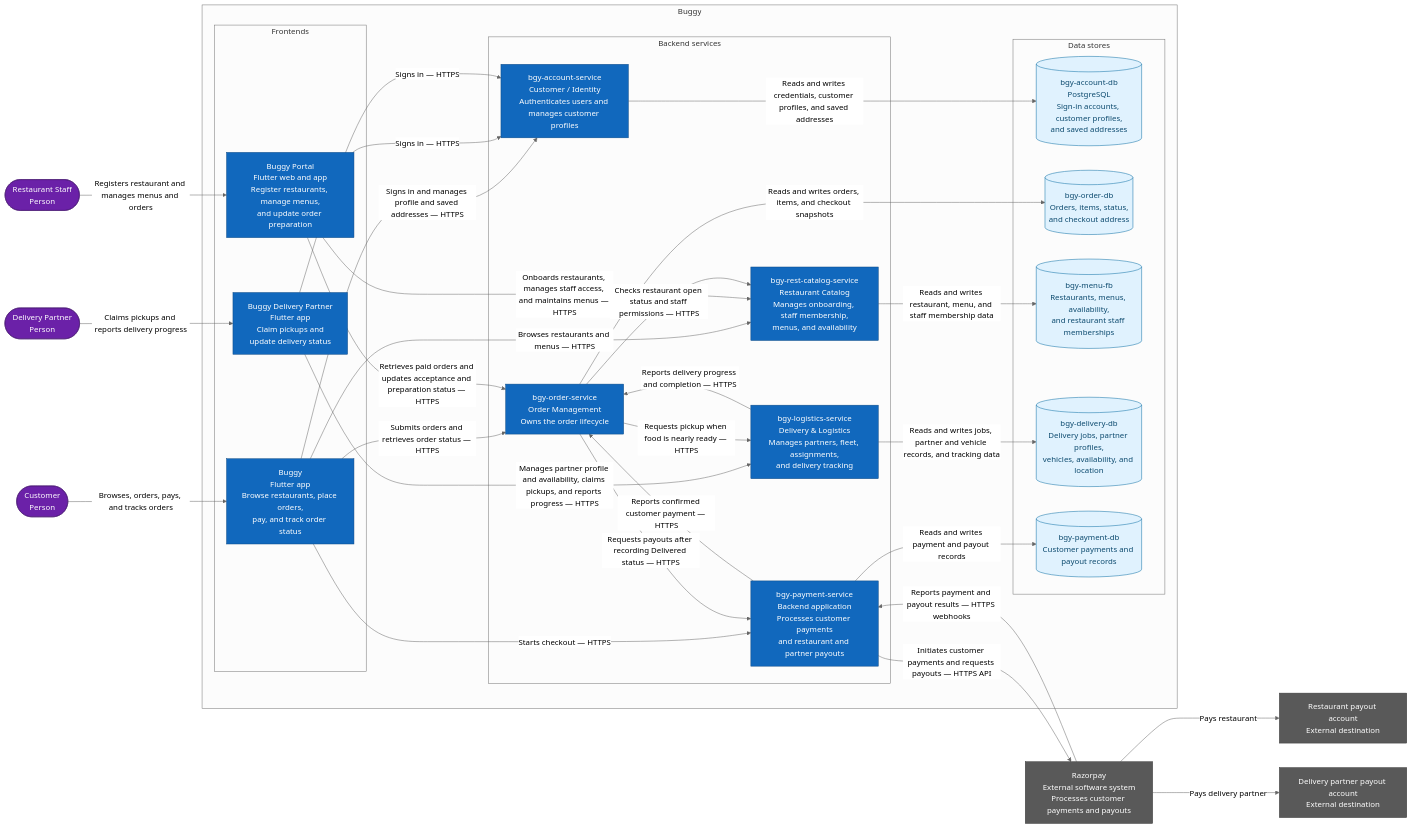
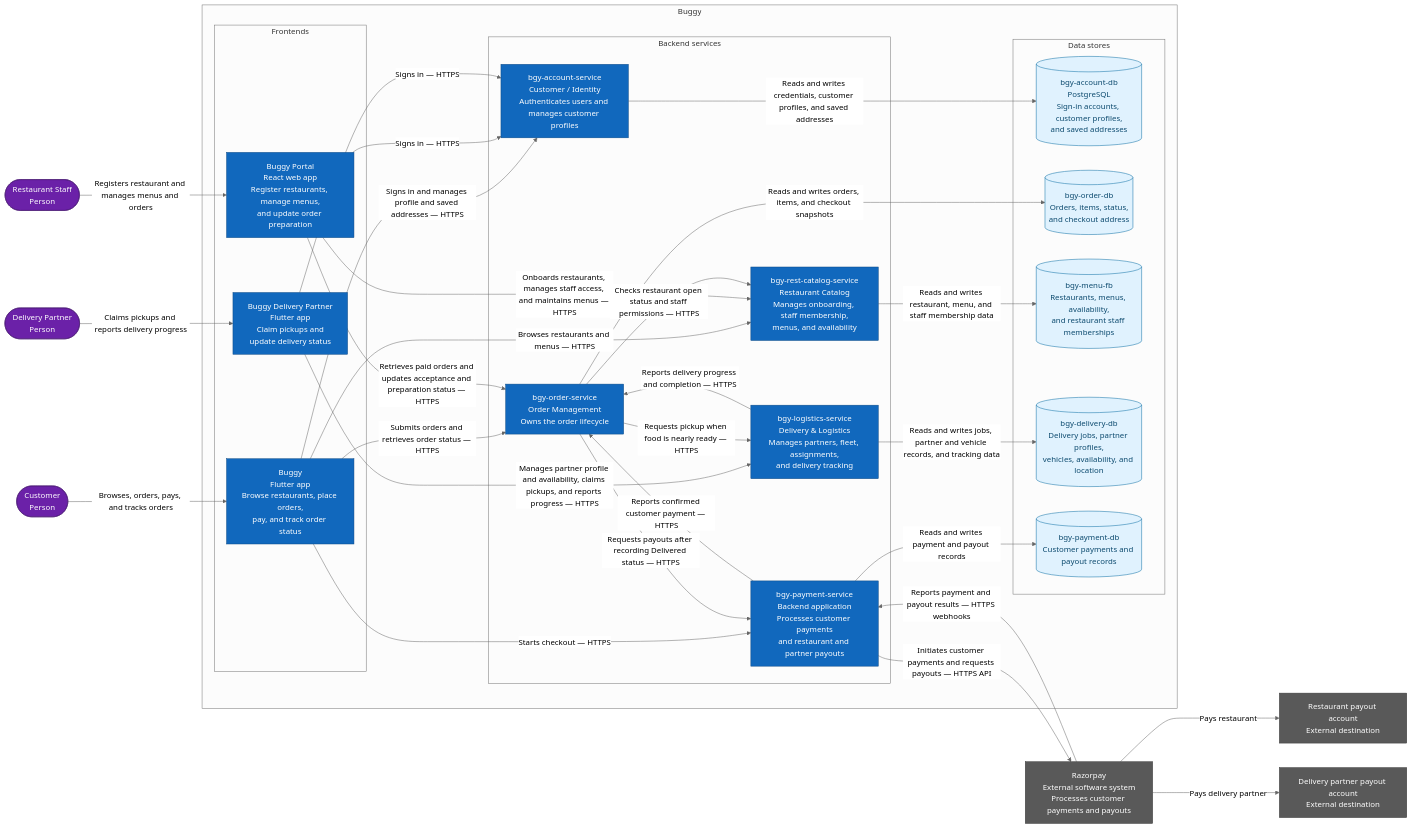
Before and after one commit to shaharDAli/buggy-systems: the diagram in docs/c4-diagrams/buggy-container.md, drawn with Mermaid (neutral theme). The commit also changed 9 other files, not shown here.

Commit message:
Document architecture decisions and domain model

````diff
--- a/docs/c4-diagrams/buggy-container.md
+++ b/docs/c4-diagrams/buggy-container.md
@@ -5,80 +5,80 @@
 ```mermaid
 flowchart LR
     customer(["Customer<br/>Person"])
     staff(["Restaurant Staff<br/>Person"])
     partner(["Delivery Partner<br/>Person"])
 
     subgraph buggySystem["Buggy"]
         subgraph frontends["Frontends"]
             buggy["Buggy<br/>Flutter app<br/>Browse restaurants, place orders,<br/>pay, and track order status"]
-            portal["Buggy Portal<br/>Flutter web and app<br/>Register restaurants, manage menus,<br/>and update order preparation"]
+            portal["Buggy Portal<br/>React web app<br/>Register restaurants, manage menus,<br/>and update order preparation"]
             delivery["Buggy Delivery Partner<br/>Flutter app<br/>Claim pickups and<br/>update delivery status"]
         end
 
         subgraph services["Backend services"]
             accounts["bgy-account-service<br/>Customer / Identity<br/>Authenticates users and manages customer profiles"]
             catalog["bgy-rest-catalog-service<br/>Restaurant Catalog<br/>Manages onboarding, staff membership,<br/>menus, and availability"]
             orders["bgy-order-service<br/>Order Management<br/>Owns the order lifecycle"]
             payment["bgy-payment-service<br/>Backend application<br/>Processes customer payments<br/>and restaurant and partner payouts"]
             logistics["bgy-logistics-service<br/>Delivery & Logistics<br/>Manages partners, fleet, assignments,<br/>and delivery tracking"]
         end
 
         subgraph databases["Data stores"]
             accountDb[("bgy-account-db<br/>PostgreSQL<br/>Sign-in accounts, customer profiles,<br/>and saved addresses")]
             orderDb[("bgy-order-db<br/>Orders, items, status,<br/>and checkout address")]
             menuDb[("bgy-menu-fb<br/>Restaurants, menus, availability,<br/>and restaurant staff memberships")]
             deliveryDb[("bgy-delivery-db<br/>Delivery jobs, partner profiles,<br/>vehicles, availability, and location")]
             paymentDb[("bgy-payment-db<br/>Customer payments and payout records")]
         end
     end
 
     razorpay["Razorpay<br/>External software system<br/>Processes customer payments and payouts"]
     restaurantAccount["Restaurant payout account<br/>External destination"]
     partnerAccount["Delivery partner payout account<br/>External destination"]
 
     customer -->|Browses, orders, pays, and tracks orders| buggy
     staff -->|Registers restaurant and manages menus and orders| portal
     partner -->|Claims pickups and reports delivery progress| delivery
 
     buggy -->|Signs in and manages profile and saved addresses — HTTPS| accounts
     portal -->|Signs in — HTTPS| accounts
     delivery -->|Signs in — HTTPS| accounts
 
     buggy -->|Browses restaurants and menus — HTTPS| catalog
     buggy -->|Submits orders and retrieves order status — HTTPS| orders
     buggy -->|Starts checkout — HTTPS| payment
 
     portal -->|Onboards restaurants, manages staff access, and maintains menus — HTTPS| catalog
     portal -->|Retrieves paid orders and updates acceptance and preparation status — HTTPS| orders
 
     delivery -->|Manages partner profile and availability, claims pickups, and reports progress — HTTPS| logistics
 
     orders -->|Checks restaurant open status and staff permissions — HTTPS| catalog
 
     payment -->|Initiates customer payments and requests payouts — HTTPS API| razorpay
     razorpay -->|Reports payment and payout results — HTTPS webhooks| payment
     payment -->|Reports confirmed customer payment — HTTPS| orders
 
     orders -->|Requests pickup when food is nearly ready — HTTPS| logistics
     logistics -->|Reports delivery progress and completion — HTTPS| orders
     orders -->|Requests payouts after recording Delivered status — HTTPS| payment
 
     orders -->|Reads and writes orders, items, and checkout snapshots| orderDb
     catalog -->|Reads and writes restaurant, menu, and staff membership data| menuDb
     logistics -->|Reads and writes jobs, partner and vehicle records, and tracking data| deliveryDb
     payment -->|Reads and writes payment and payout records| paymentDb
     accounts -->|Reads and writes credentials, customer profiles, and saved addresses| accountDb
 
     razorpay -->|Pays restaurant| restaurantAccount
     razorpay -->|Pays delivery partner| partnerAccount
 
     classDef person fill:#6b21a8,stroke:#4c1d75,color:#fff
     classDef application fill:#1168bd,stroke:#0b4884,color:#fff
     classDef database fill:#e0f2fe,stroke:#0369a1,color:#0c4a6e
     classDef external fill:#595959,stroke:#383838,color:#fff
 
     class customer,staff,partner person
     class buggy,portal,delivery,accounts,catalog,orders,payment,logistics application
     class accountDb,orderDb,menuDb,deliveryDb,paymentDb database
     class razorpay,restaurantAccount,partnerAccount external
 ```
````
